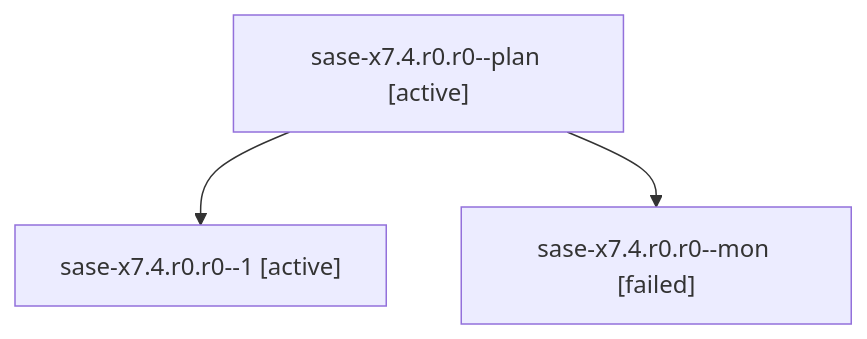
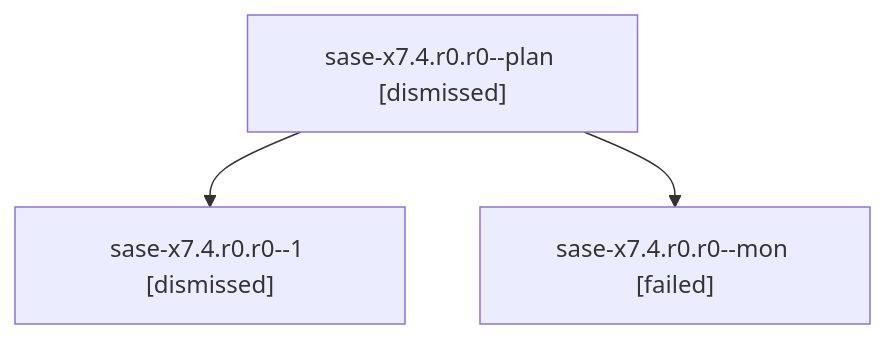
One commit to sase-org/sase--agents changed the diagram in sessions/bbugyi200.athena.sase-x7.4.r0.r0.md. Above: the diagram before and after it, drawn with Mermaid. The commit also changed other lines of this file and 397 other files, not shown here.

````diff
--- a/sessions/bbugyi200.athena.sase-x7.4.r0.r0.md
+++ b/sessions/bbugyi200.athena.sase-x7.4.r0.r0.md
@@ -9,8 +9,8 @@
 ```mermaid
 flowchart TD
-  n0["sase-x7.4.r0.r0--plan [active]"]
-  n1["sase-x7.4.r0.r0--1 [active]"]
+  n0["sase-x7.4.r0.r0--plan [dismissed]"]
+  n1["sase-x7.4.r0.r0--1 [dismissed]"]
   n0 --> n1
   n2["sase-x7.4.r0.r0--mon [failed]"]
   n0 --> n2
 ```
````
